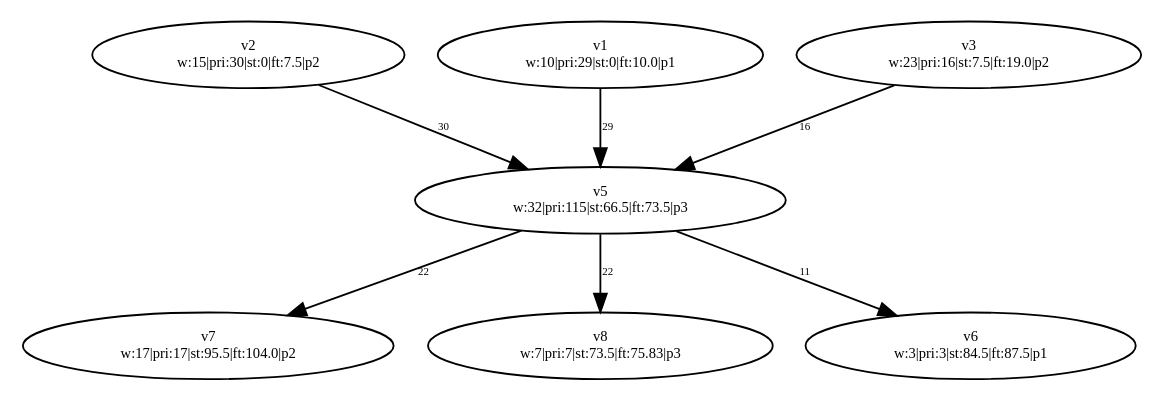
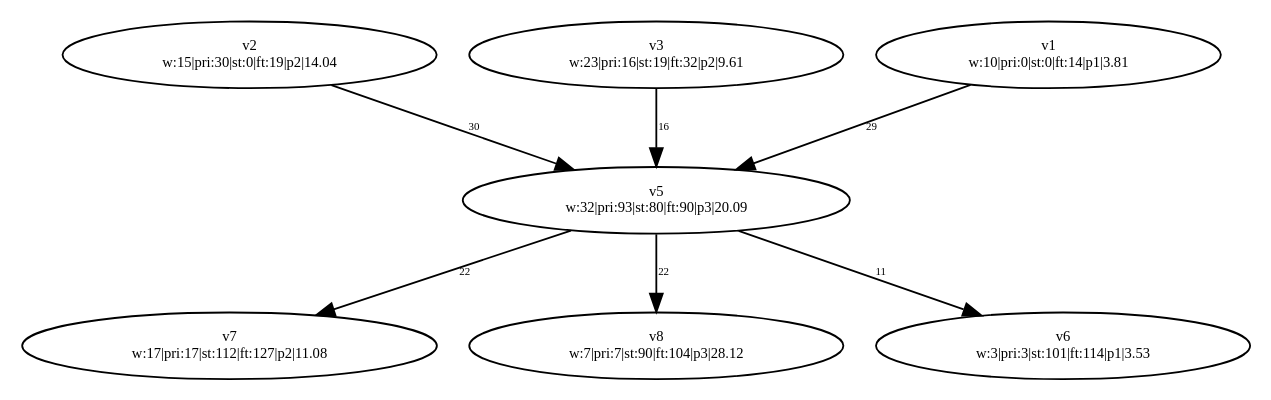
One commit to dexters1/Task-Scheduling-Based-on-Genetic-Algorithms changed the diagram in PythonApplication1/PythonApplication1/test-output/slika_3_Simplified.gv. Above: the diagram before and after it, drawn with Graphviz. The commit also changed 36 other files, not shown here.

```diff
--- a/PythonApplication1/PythonApplication1/test-output/slika_3_Simplified.gv
+++ b/PythonApplication1/PythonApplication1/test-output/slika_3_Simplified.gv
@@ -1,22 +1,22 @@
 digraph {
 	v2 [label="v2
-w:15|pri:30|st:0|ft:7.5|p2" fontsize=8.0]
+w:15|pri:30|st:0|ft:19|p2|14.04" fontsize=8.0]
+	v3 [label="v3
+w:23|pri:16|st:19|ft:32|p2|9.61" fontsize=8.0]
 	v1 [label="v1
-w:10|pri:29|st:0|ft:10.0|p1" fontsize=8.0]
-	v3 [label="v3
-w:23|pri:16|st:7.5|ft:19.0|p2" fontsize=8.0]
+w:10|pri:0|st:0|ft:14|p1|3.81" fontsize=8.0]
 	v5 [label="v5
-w:32|pri:115|st:66.5|ft:73.5|p3" fontsize=8.0]
+w:32|pri:93|st:80|ft:90|p3|20.09" fontsize=8.0]
 	v7 [label="v7
-w:17|pri:17|st:95.5|ft:104.0|p2" fontsize=8.0]
+w:17|pri:17|st:112|ft:127|p2|11.08" fontsize=8.0]
 	v8 [label="v8
-w:7|pri:7|st:73.5|ft:75.83|p3" fontsize=8.0]
+w:7|pri:7|st:90|ft:104|p3|28.12" fontsize=8.0]
 	v6 [label="v6
-w:3|pri:3|st:84.5|ft:87.5|p1" fontsize=8.0]
+w:3|pri:3|st:101|ft:114|p1|3.53" fontsize=8.0]
 	v5 -> v6 [label=11 constraint=true fontsize=6.0]
 	v5 -> v7 [label=22 constraint=true fontsize=6.0]
 	v5 -> v8 [label=22 constraint=true fontsize=6.0]
 	v1 -> v5 [label=29 constraint=true fontsize=6.0]
 	v2 -> v5 [label=30 constraint=true fontsize=6.0]
 	v3 -> v5 [label=16 constraint=true fontsize=6.0]
 }
```
